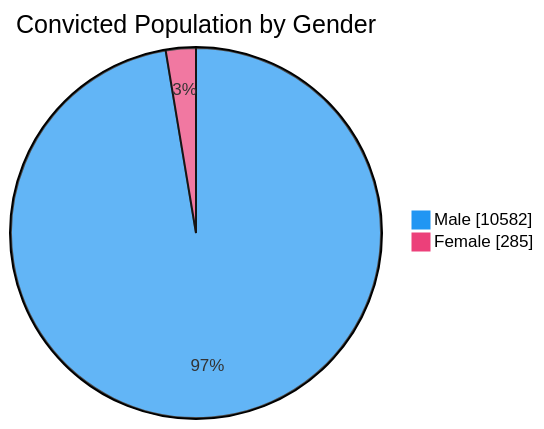
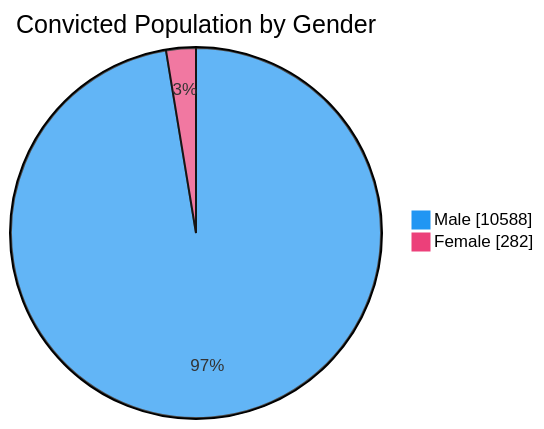
The third of 7 diagrams in README.md (nuuuwan/lk_prisons), drawn with Mermaid before and after one commit. The commit also changed other lines of this file and 1 other file, not shown here.

````diff
--- a/README.md
+++ b/README.md
@@ -65,6 +65,6 @@
 ```mermaid
 %%{init: {'themeVariables': {'pie1': '#2196F3', 'pie2': '#EC407A'}}}%%
 pie showData title Convicted Population by Gender
-    "Male" : 10582
-    "Female" : 285
+    "Male" : 10588
+    "Female" : 282
 ```
````
